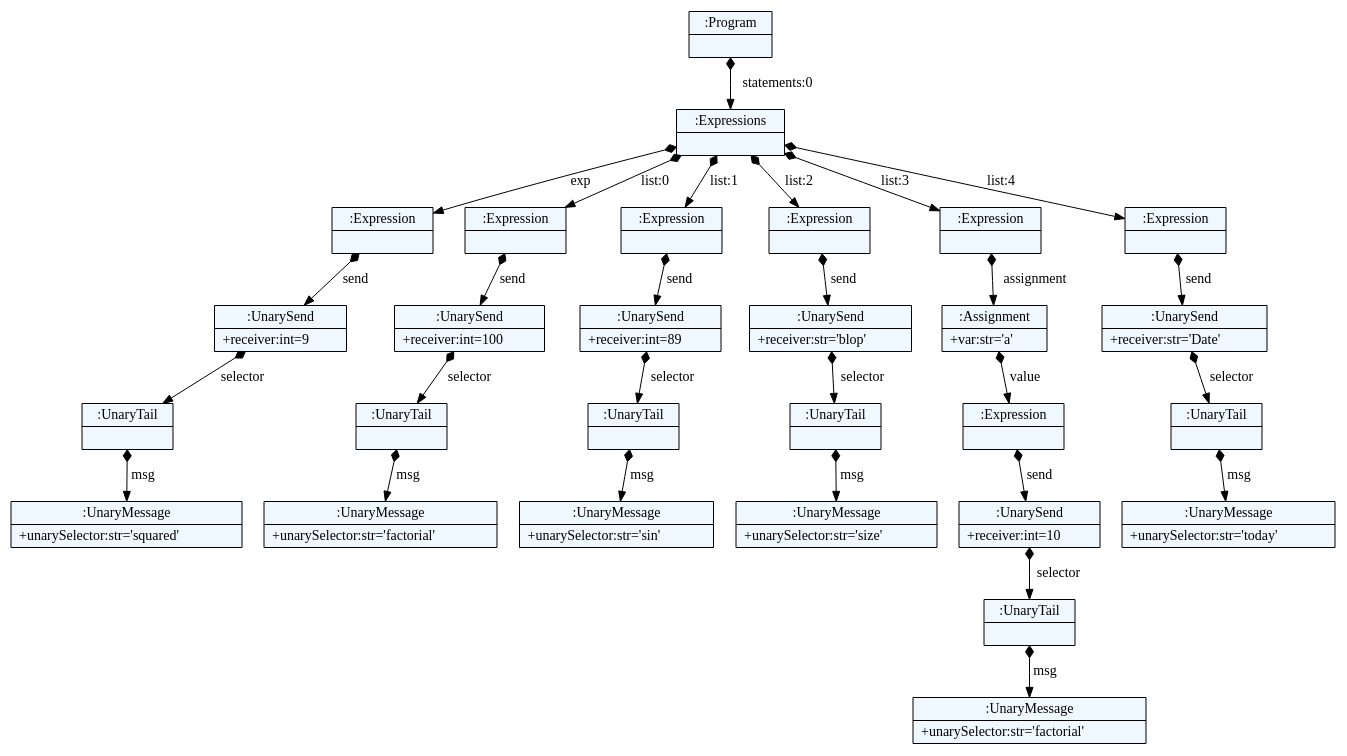
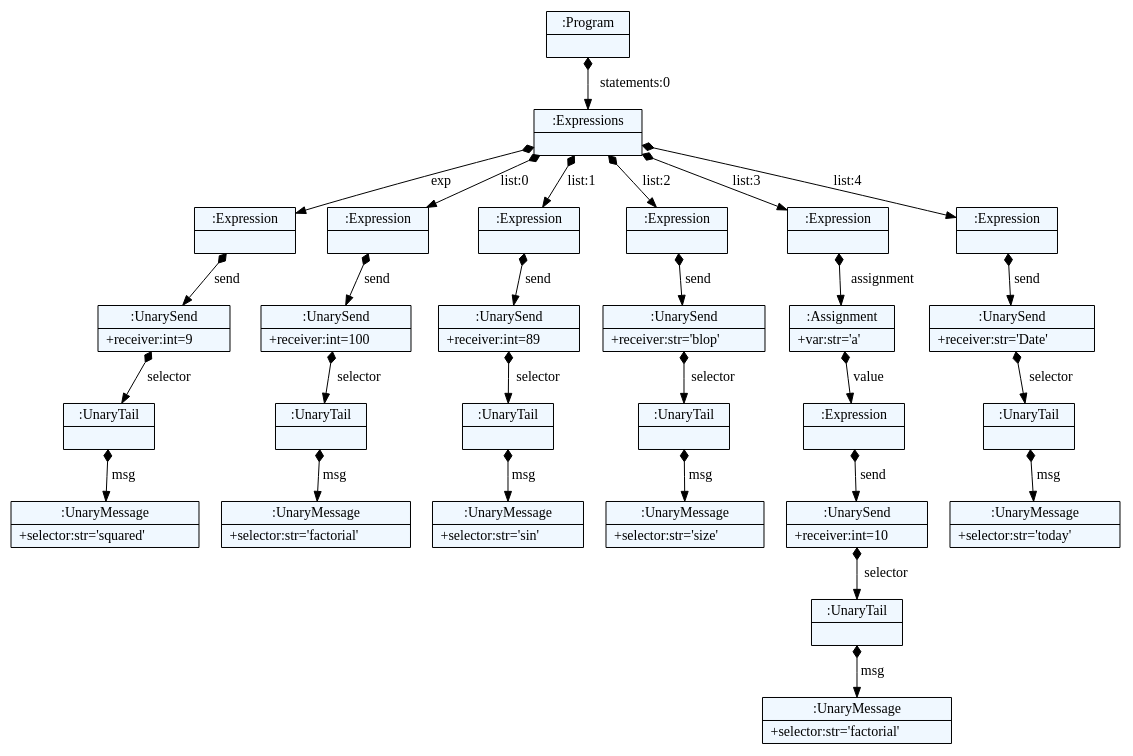
One commit to spcnz/smalltalk-parser changed the diagram in parser/dot/unary_msg.dot. Above: the diagram before and after it, drawn with Graphviz. The commit also changed 27 other files, not shown here.

```diff
--- a/parser/dot/unary_msg.dot
+++ b/parser/dot/unary_msg.dot
@@ -1,70 +1,70 @@
 
     digraph textX {
     fontname = "Bitstream Vera Sans"
     fontsize = 8
     node[
         shape=record,
         style=filled,
         fillcolor=aliceblue
     ]
     nodesep = 0.3
     edge[dir=black,arrowtail=empty]
 
 
-1970545574408 -> 1970548135136 [label="statements:0" arrowtail=diamond dir=both]
-1970548135136 -> 1970548135248 [label="exp" arrowtail=diamond dir=both]
-1970548135248 -> 1970548135416 [label="send" arrowtail=diamond dir=both]
-1970548135416 -> 1970548135640 [label="selector" arrowtail=diamond dir=both]
-1970548135640 -> 1970548135752 [label="msg" arrowtail=diamond dir=both]
-1970548135752[label="{:UnaryMessage|+unarySelector:str='squared'\l}"]
-1970548135640[label="{:UnaryTail|}"]
-1970548135416[label="{:UnarySend|+receiver:int=9\l}"]
-1970548135248[label="{:Expression|}"]
-1970548135136 -> 1970548135304 [label="list:0" arrowtail=diamond dir=both]
-1970548135304 -> 1970548135528 [label="send" arrowtail=diamond dir=both]
-1970548135528 -> 1970548135864 [label="selector" arrowtail=diamond dir=both]
-1970548135864 -> 1970548135920 [label="msg" arrowtail=diamond dir=both]
-1970548135920[label="{:UnaryMessage|+unarySelector:str='factorial'\l}"]
-1970548135864[label="{:UnaryTail|}"]
-1970548135528[label="{:UnarySend|+receiver:int=100\l}"]
-1970548135304[label="{:Expression|}"]
-1970548135136 -> 1970548135360 [label="list:1" arrowtail=diamond dir=both]
-1970548135360 -> 1970548135696 [label="send" arrowtail=diamond dir=both]
-1970548135696 -> 1970548136088 [label="selector" arrowtail=diamond dir=both]
-1970548136088 -> 1970548136144 [label="msg" arrowtail=diamond dir=both]
-1970548136144[label="{:UnaryMessage|+unarySelector:str='sin'\l}"]
-1970548136088[label="{:UnaryTail|}"]
-1970548135696[label="{:UnarySend|+receiver:int=89\l}"]
-1970548135360[label="{:Expression|}"]
-1970548135136 -> 1970548135472 [label="list:2" arrowtail=diamond dir=both]
-1970548135472 -> 1970548135976 [label="send" arrowtail=diamond dir=both]
-1970548135976 -> 1970548136312 [label="selector" arrowtail=diamond dir=both]
-1970548136312 -> 1970548136480 [label="msg" arrowtail=diamond dir=both]
-1970548136480[label="{:UnaryMessage|+unarySelector:str='size'\l}"]
-1970548136312[label="{:UnaryTail|}"]
-1970548135976[label="{:UnarySend|+receiver:str='blop'\l}"]
-1970548135472[label="{:Expression|}"]
-1970548135136 -> 1970548135584 [label="list:3" arrowtail=diamond dir=both]
-1970548135584 -> 1970548136200 [label="assignment" arrowtail=diamond dir=both]
-1970548136200 -> 1970548136592 [label="value" arrowtail=diamond dir=both]
-1970548136592 -> 1970548136648 [label="send" arrowtail=diamond dir=both]
-1970548136648 -> 1970548136928 [label="selector" arrowtail=diamond dir=both]
-1970548136928 -> 1970548137040 [label="msg" arrowtail=diamond dir=both]
-1970548137040[label="{:UnaryMessage|+unarySelector:str='factorial'\l}"]
-1970548136928[label="{:UnaryTail|}"]
-1970548136648[label="{:UnarySend|+receiver:int=10\l}"]
-1970548136592[label="{:Expression|}"]
-1970548136200[label="{:Assignment|+var:str='a'\l}"]
-1970548135584[label="{:Expression|}"]
-1970548135136 -> 1970548135808 [label="list:4" arrowtail=diamond dir=both]
-1970548135808 -> 1970548136368 [label="send" arrowtail=diamond dir=both]
-1970548136368 -> 1970548136816 [label="selector" arrowtail=diamond dir=both]
-1970548136816 -> 1970548136984 [label="msg" arrowtail=diamond dir=both]
-1970548136984[label="{:UnaryMessage|+unarySelector:str='today'\l}"]
-1970548136816[label="{:UnaryTail|}"]
-1970548136368[label="{:UnarySend|+receiver:str='Date'\l}"]
-1970548135808[label="{:Expression|}"]
-1970548135136[label="{:Expressions|}"]
-1970545574408[label="{:Program|}"]
+3018096589624 -> 3018125910648 [label="statements:0" arrowtail=diamond dir=both]
+3018125910648 -> 3018125911096 [label="exp" arrowtail=diamond dir=both]
+3018125911096 -> 3018125911264 [label="send" arrowtail=diamond dir=both]
+3018125911264 -> 3018125911488 [label="selector" arrowtail=diamond dir=both]
+3018125911488 -> 3018125911600 [label="msg" arrowtail=diamond dir=both]
+3018125911600[label="{:UnaryMessage|+selector:str='squared'\l}"]
+3018125911488[label="{:UnaryTail|}"]
+3018125911264[label="{:UnarySend|+receiver:int=9\l}"]
+3018125911096[label="{:Expression|}"]
+3018125910648 -> 3018125911152 [label="list:0" arrowtail=diamond dir=both]
+3018125911152 -> 3018125911376 [label="send" arrowtail=diamond dir=both]
+3018125911376 -> 3018125911712 [label="selector" arrowtail=diamond dir=both]
+3018125911712 -> 3018125911768 [label="msg" arrowtail=diamond dir=both]
+3018125911768[label="{:UnaryMessage|+selector:str='factorial'\l}"]
+3018125911712[label="{:UnaryTail|}"]
+3018125911376[label="{:UnarySend|+receiver:int=100\l}"]
+3018125911152[label="{:Expression|}"]
+3018125910648 -> 3018125911208 [label="list:1" arrowtail=diamond dir=both]
+3018125911208 -> 3018125911544 [label="send" arrowtail=diamond dir=both]
+3018125911544 -> 3018125911936 [label="selector" arrowtail=diamond dir=both]
+3018125911936 -> 3018125911992 [label="msg" arrowtail=diamond dir=both]
+3018125911992[label="{:UnaryMessage|+selector:str='sin'\l}"]
+3018125911936[label="{:UnaryTail|}"]
+3018125911544[label="{:UnarySend|+receiver:int=89\l}"]
+3018125911208[label="{:Expression|}"]
+3018125910648 -> 3018125911320 [label="list:2" arrowtail=diamond dir=both]
+3018125911320 -> 3018125911824 [label="send" arrowtail=diamond dir=both]
+3018125911824 -> 3018125912160 [label="selector" arrowtail=diamond dir=both]
+3018125912160 -> 3018125912328 [label="msg" arrowtail=diamond dir=both]
+3018125912328[label="{:UnaryMessage|+selector:str='size'\l}"]
+3018125912160[label="{:UnaryTail|}"]
+3018125911824[label="{:UnarySend|+receiver:str='blop'\l}"]
+3018125911320[label="{:Expression|}"]
+3018125910648 -> 3018125911432 [label="list:3" arrowtail=diamond dir=both]
+3018125911432 -> 3018125912048 [label="assignment" arrowtail=diamond dir=both]
+3018125912048 -> 3018125912440 [label="value" arrowtail=diamond dir=both]
+3018125912440 -> 3018125912496 [label="send" arrowtail=diamond dir=both]
+3018125912496 -> 3018125912776 [label="selector" arrowtail=diamond dir=both]
+3018125912776 -> 3018125912888 [label="msg" arrowtail=diamond dir=both]
+3018125912888[label="{:UnaryMessage|+selector:str='factorial'\l}"]
+3018125912776[label="{:UnaryTail|}"]
+3018125912496[label="{:UnarySend|+receiver:int=10\l}"]
+3018125912440[label="{:Expression|}"]
+3018125912048[label="{:Assignment|+var:str='a'\l}"]
+3018125911432[label="{:Expression|}"]
+3018125910648 -> 3018125911656 [label="list:4" arrowtail=diamond dir=both]
+3018125911656 -> 3018125912216 [label="send" arrowtail=diamond dir=both]
+3018125912216 -> 3018125912664 [label="selector" arrowtail=diamond dir=both]
+3018125912664 -> 3018125912832 [label="msg" arrowtail=diamond dir=both]
+3018125912832[label="{:UnaryMessage|+selector:str='today'\l}"]
+3018125912664[label="{:UnaryTail|}"]
+3018125912216[label="{:UnarySend|+receiver:str='Date'\l}"]
+3018125911656[label="{:Expression|}"]
+3018125910648[label="{:Expressions|}"]
+3018096589624[label="{:Program|}"]
 
 }
```
